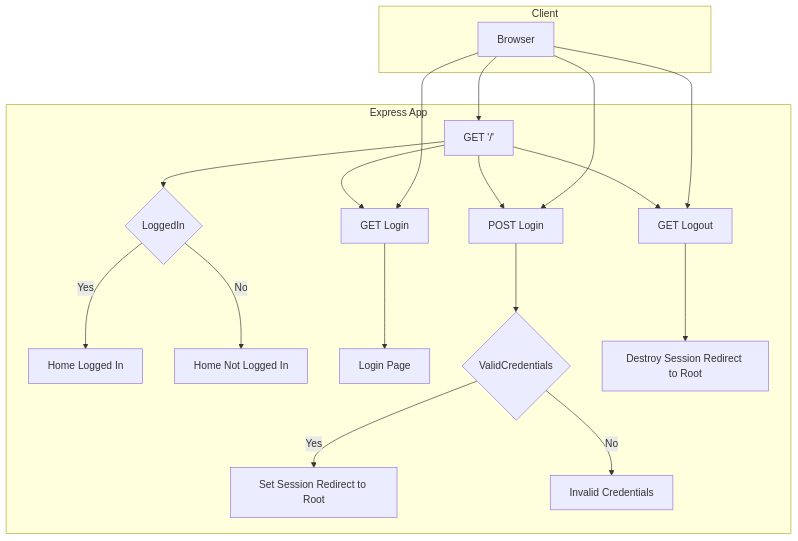
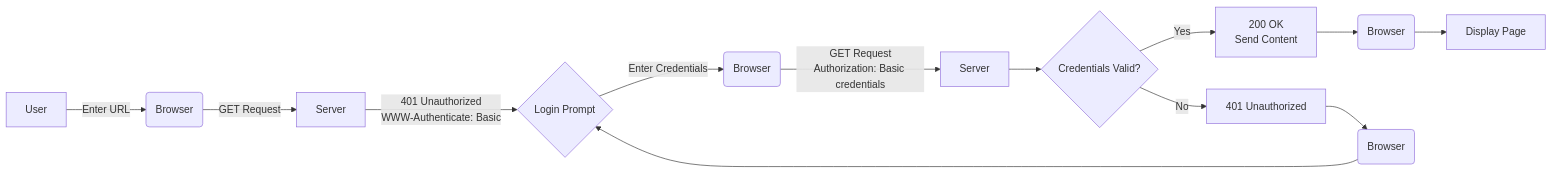
Before and after one commit to miwashi-edu/edu-authentication: the second of 2 diagrams in README.md, drawn with Mermaid. The commit also changed other lines of this file, not shown here.

````diff
--- a/README.md
+++ b/README.md
@@ -152,27 +140,15 @@
 ```mermaid
-graph TB
-    subgraph "Client"
-        A[Browser] 
-    end
-    
-    subgraph "Express App"
-        B[GET '/'] --> C{LoggedIn}
-        C -->|Yes| D[Home Logged In]
-        C -->|No| E[Home Not Logged In]
-        B --> F[GET Login]
-        F --> G[Login Page]
-        B --> H[POST Login]
-        H --> I{ValidCredentials}
-        I -->|Yes| J[Set Session Redirect to Root]
-        I -->|No| K[Invalid Credentials]
-        B --> L[GET Logout]
-        L --> M[Destroy Session Redirect to Root]
-    end
-    
-    A --> B
-    A --> F
-    A --> H
-    A --> L
-
-
+graph LR
+    A[User] -->|Enter URL| B(Browser)
+    B -->|GET Request| C[Server]
+    C -->|401 Unauthorized<br>WWW-Authenticate: Basic| D{Login Prompt}
+    D -->|Enter Credentials| E(Browser)
+    E -->|GET Request<br>Authorization: Basic credentials| F[Server]
+    F --> G{Credentials Valid?}
+    G -->|Yes| H[200 OK<br>Send Content]
+    G -->|No| I[401 Unauthorized]
+    H --> J(Browser)
+    J --> K[Display Page]
+    I --> L(Browser)
+    L --> D
 ```
````
